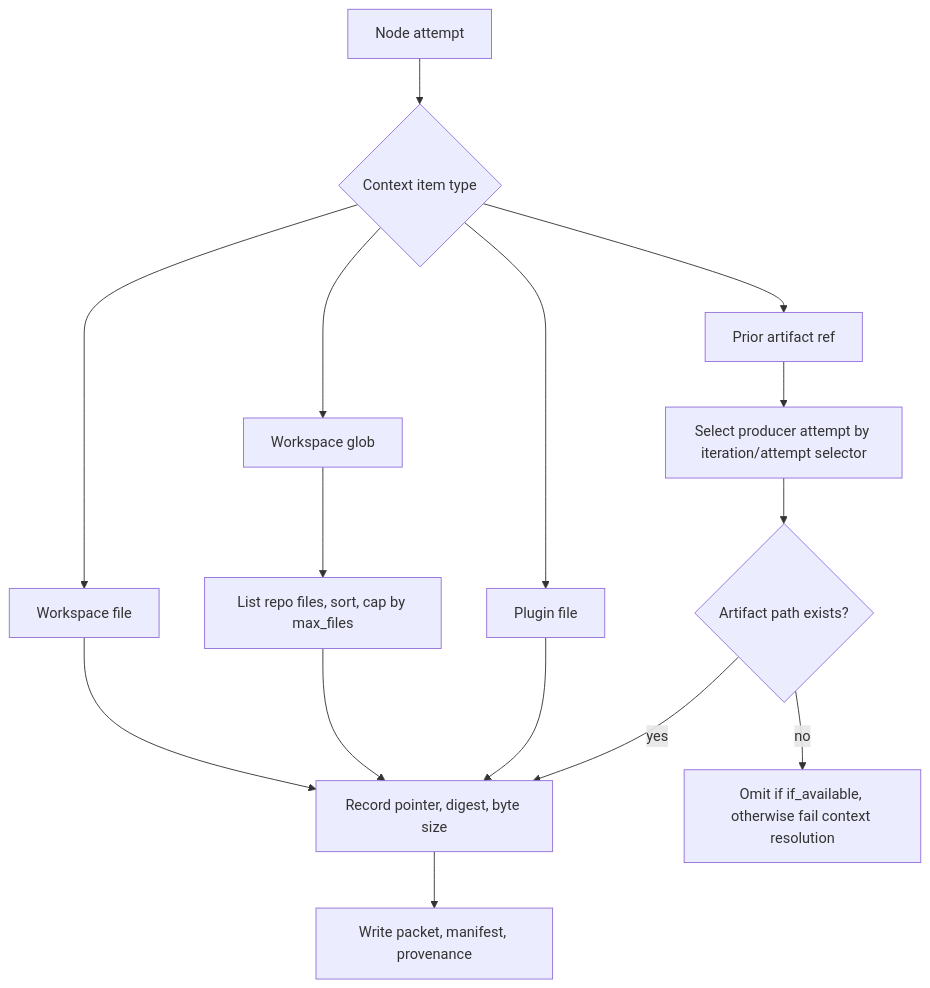
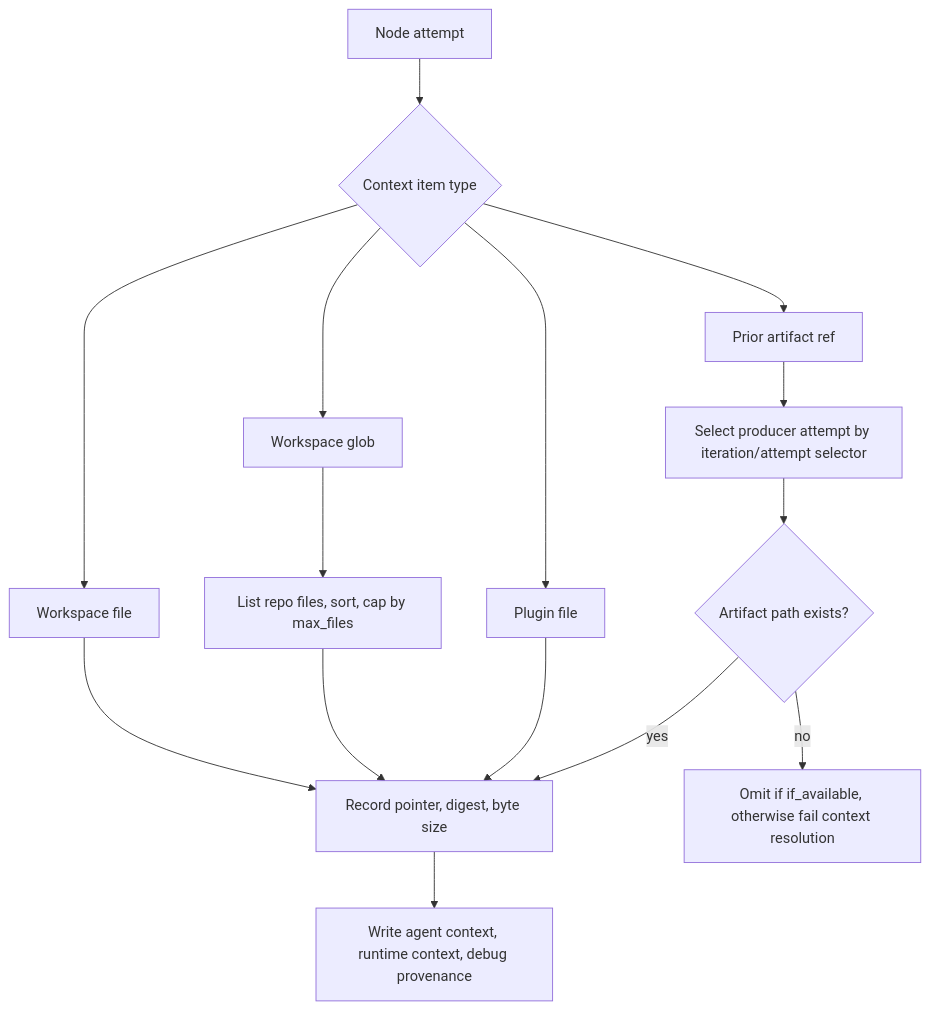
One commit to koji98/agentflow changed the third of 3 diagrams in docs/technical/context-and-artifacts.md. Above: the diagram before and after it, drawn with Mermaid. The commit also changed other lines of this file and 104 other files, not shown here.

````diff
--- a/docs/technical/context-and-artifacts.md
+++ b/docs/technical/context-and-artifacts.md
@@ -60,17 +60,17 @@
 ```mermaid
 flowchart TD
   start["Node attempt"] --> item{"Context item type"}
   item --> file["Workspace file"]
   item --> glob["Workspace glob"]
   item --> plugin["Plugin file"]
   item --> ref["Prior artifact ref"]
   glob --> sort["List repo files, sort, cap by max_files"]
   ref --> attempts["Select producer attempt by iteration/attempt selector"]
   attempts --> artifact{"Artifact path exists?"}
   artifact -- yes --> pointer["Record pointer, digest, byte size"]
   artifact -- no --> omit["Omit if if_available, otherwise fail context resolution"]
   file --> pointer
   plugin --> pointer
   sort --> pointer
-  pointer --> write["Write packet, manifest, provenance"]
+  pointer --> write["Write agent context, runtime context, debug provenance"]
 ```
````
